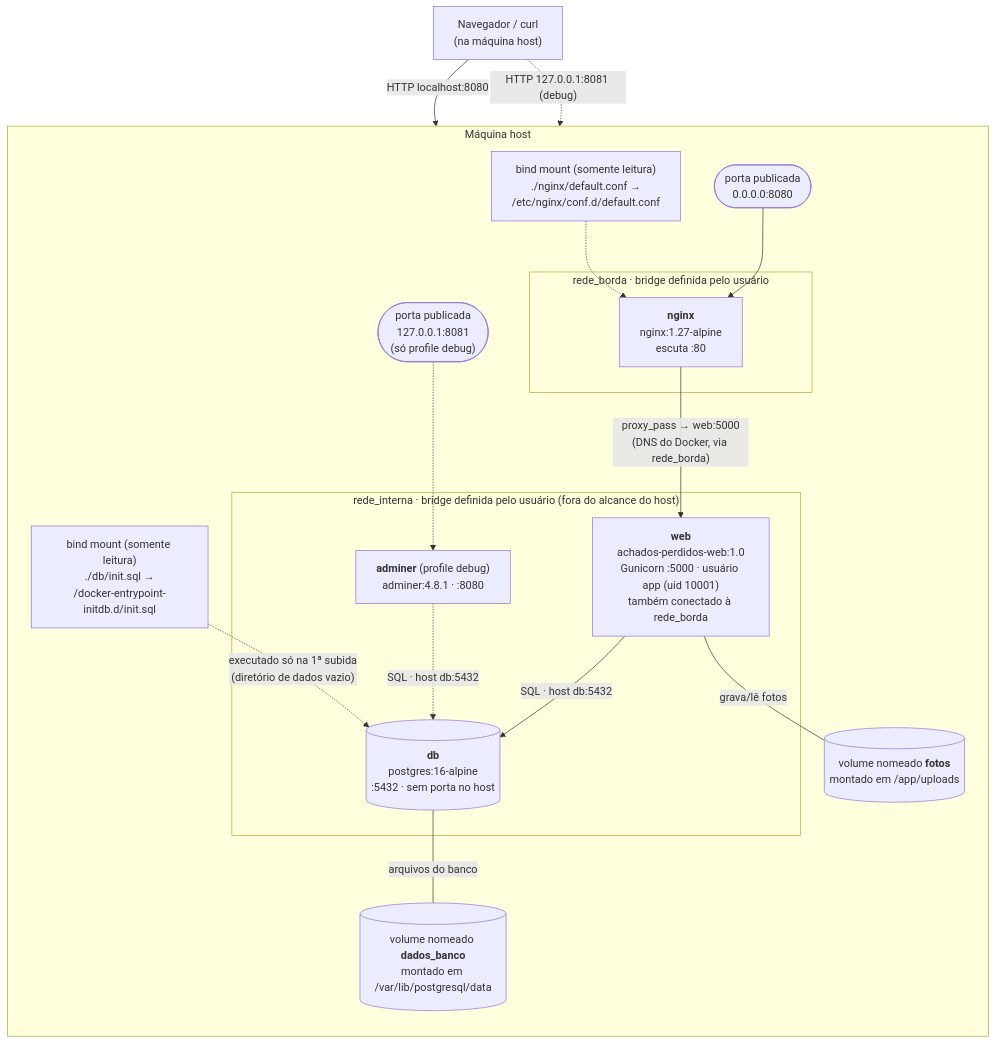
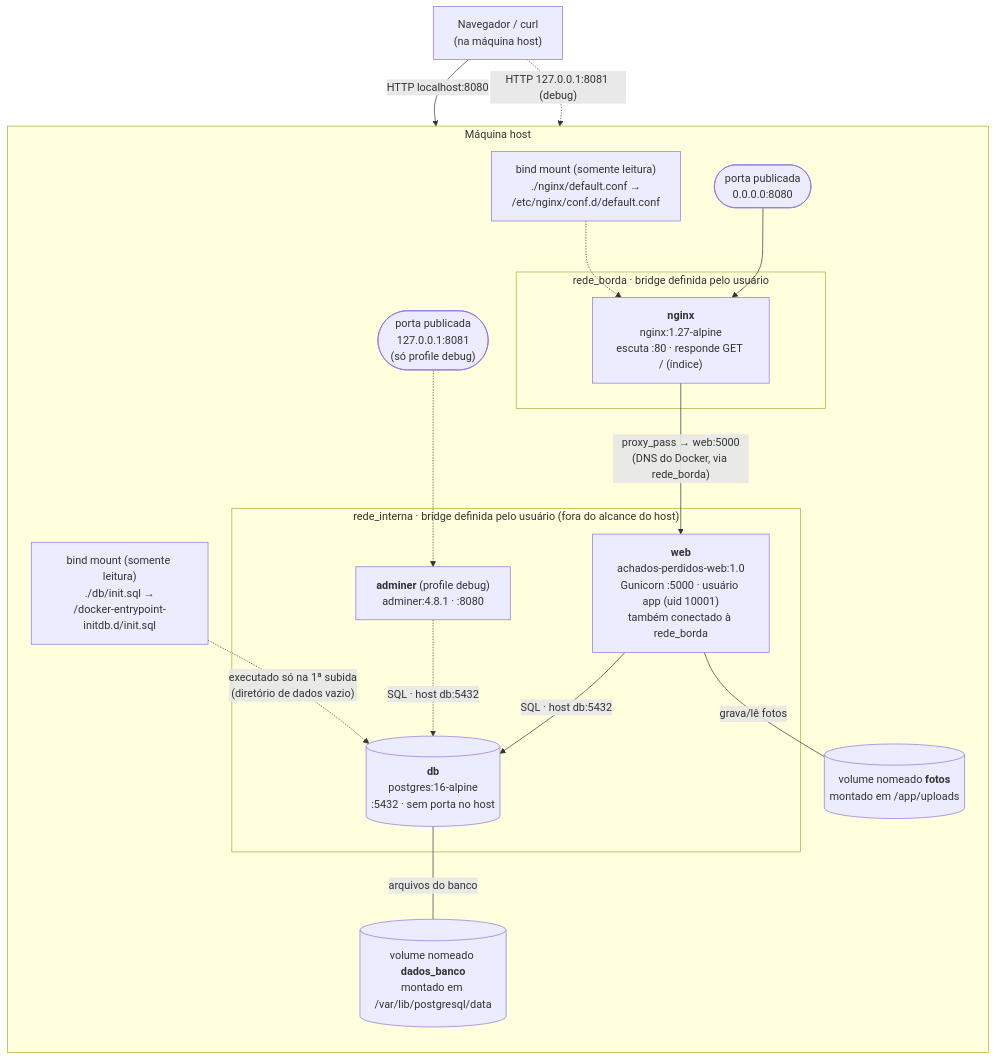
Before and after one commit to pedroprado237/AchadosPerdidos: the diagram in docs/arquitetura.md, drawn with Mermaid. The commit also changed 7 other files, not shown here.

First line of the commit message:
Rota / com índice da API no nginx, ajuste das reflexões e roteiro de apresentação

````diff
--- a/docs/arquitetura.md
+++ b/docs/arquitetura.md
@@ -5,36 +5,36 @@
 ```mermaid
 flowchart TB
     cliente["Navegador / curl<br/>(na máquina host)"]
 
     subgraph HOST["Máquina host"]
         direction TB
 
         p8080(["porta publicada<br/>0.0.0.0:8080"])
         p8081(["porta publicada<br/>127.0.0.1:8081<br/>(só profile debug)"])
 
         subgraph BORDA["rede_borda · bridge definida pelo usuário"]
-            nginx["<b>nginx</b><br/>nginx:1.27-alpine<br/>escuta :80"]
+            nginx["<b>nginx</b><br/>nginx:1.27-alpine<br/>escuta :80 · responde GET / (índice)"]
         end
 
         subgraph INTERNA["rede_interna · bridge definida pelo usuário (fora do alcance do host)"]
             web["<b>web</b><br/>achados-perdidos-web:1.0<br/>Gunicorn :5000 · usuário app (uid 10001)<br/>também conectado à rede_borda"]
             db[("<b>db</b><br/>postgres:16-alpine<br/>:5432 · sem porta no host")]
             adminer["<b>adminer</b> (profile debug)<br/>adminer:4.8.1 · :8080"]
         end
 
         vfotos[("volume nomeado <b>fotos</b><br/>montado em /app/uploads")]
         vdados[("volume nomeado <b>dados_banco</b><br/>montado em /var/lib/postgresql/data")]
         binit["bind mount (somente leitura)<br/>./db/init.sql →<br/>/docker-entrypoint-initdb.d/init.sql"]
         bconf["bind mount (somente leitura)<br/>./nginx/default.conf →<br/>/etc/nginx/conf.d/default.conf"]
     end
 
     cliente -->|"HTTP localhost:8080"| p8080 --> nginx
     cliente -.->|"HTTP 127.0.0.1:8081 (debug)"| p8081 -.-> adminer
     nginx -->|"proxy_pass → web:5000<br/>(DNS do Docker, via rede_borda)"| web
     web -->|"SQL · host db:5432"| db
     adminer -.->|"SQL · host db:5432"| db
     web ---|"grava/lê fotos"| vfotos
     db ---|"arquivos do banco"| vdados
     binit -.->|"executado só na 1ª subida<br/>(diretório de dados vazio)"| db
     bconf -.-> nginx
 ```
````
